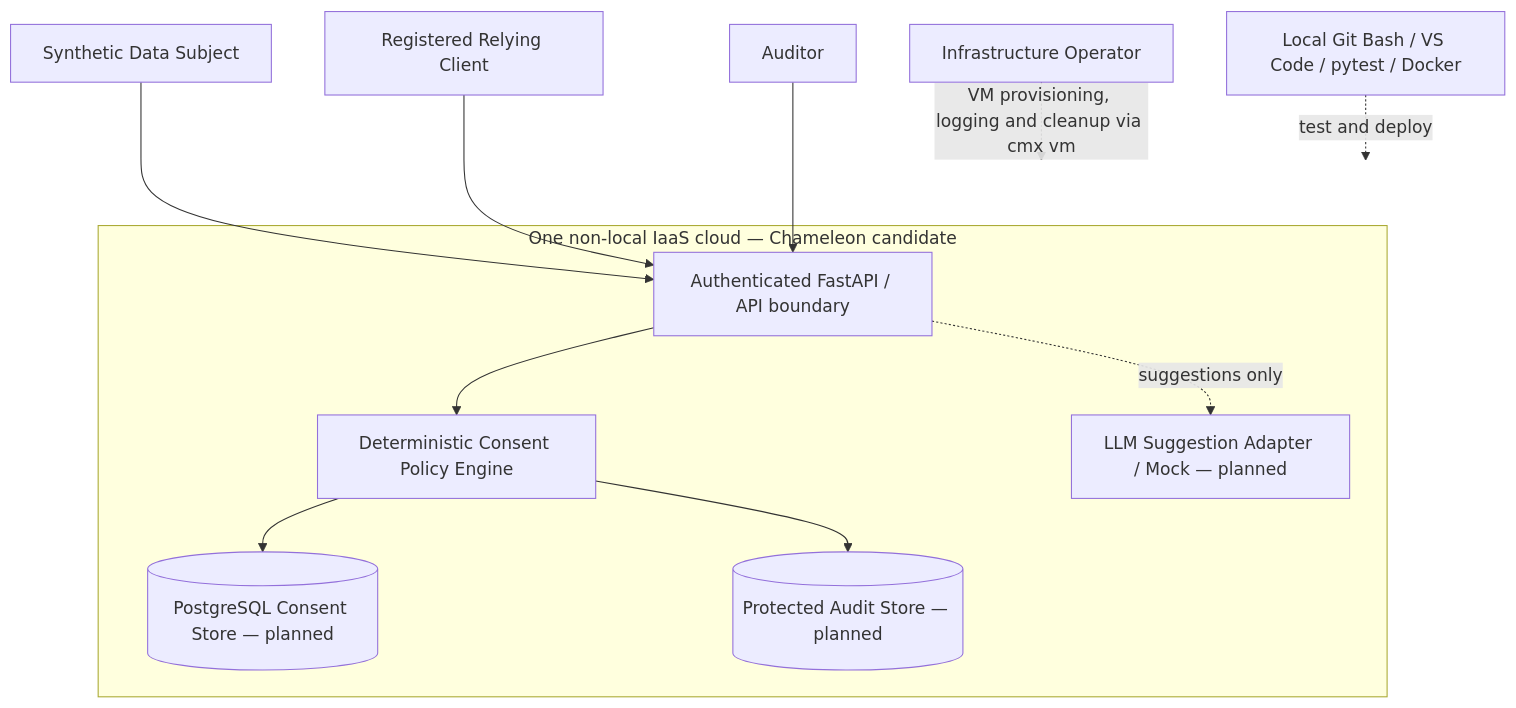
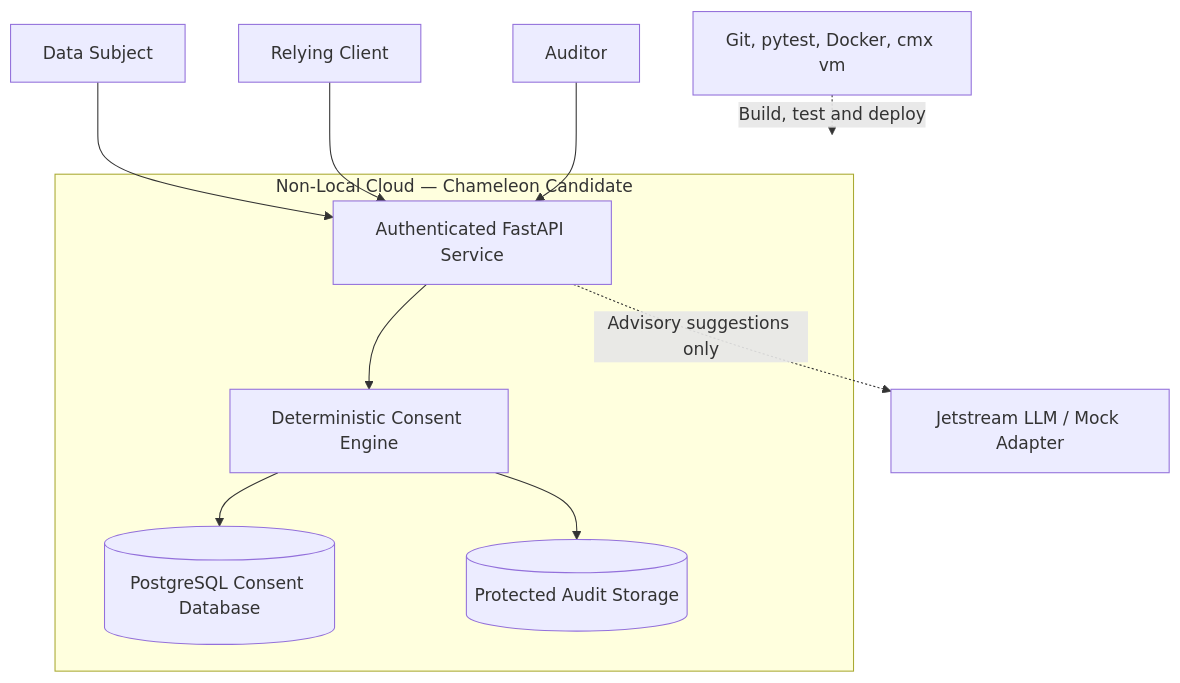
One commit to cloudmesh-ai-luc/AnieWall changed the diagram in project/project.md. Above: the diagram before and after it, drawn with Mermaid. The commit also changed other lines of this file, not shown here.

````diff
--- a/project/project.md
+++ b/project/project.md
@@ -70,23 +264,27 @@
 ```mermaid
 flowchart TB
-    S["Synthetic Data Subject"]
-    C["Registered Relying Client"]
-    AU["Auditor"]
-    OP["Infrastructure Operator"]
-    subgraph CLOUD["One non-local IaaS cloud — Chameleon candidate"]
-        GW["Authenticated FastAPI / API boundary"]
-        ENGINE["Deterministic Consent Policy Engine"]
-        DB[("PostgreSQL Consent Store — planned")]
-        AUDIT[("Protected Audit Store — planned")]
-        AI["LLM Suggestion Adapter / Mock — planned"]
-        GW --> ENGINE
+    SUBJECT["Data Subject"]
+    CLIENT["Relying Client"]
+    AUDITOR["Auditor"]
+
+    subgraph CLOUD["Non-Local Cloud — Chameleon Candidate"]
+        API["Authenticated FastAPI Service"]
+        ENGINE["Deterministic Consent Engine"]
+        DB[("PostgreSQL Consent Database")]
+        LOG[("Protected Audit Storage")]
+
+        API --> ENGINE
         ENGINE --> DB
-        ENGINE --> AUDIT
-        GW -.suggestions only.-> AI
+        ENGINE --> LOG
     end
-    S --> GW
-    C --> GW
-    AU --> GW
-    OP -."VM provisioning, logging and cleanup via cmx vm".-> CLOUD
-    DEV["Local Git Bash / VS Code / pytest / Docker"] -."test and deploy".-> CLOUD
+
+    SUBJECT --> API
+    CLIENT --> API
+    AUDITOR --> API
+
+    LLM["Jetstream LLM / Mock Adapter"]
+    API -. "Advisory suggestions only" .-> LLM
+
+    DEVOPS["Git, pytest, Docker, cmx vm"]
+    DEVOPS -. "Build, test and deploy" .-> CLOUD
 ```
````
